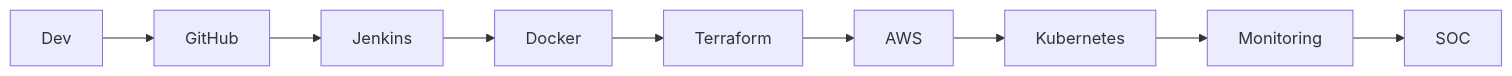
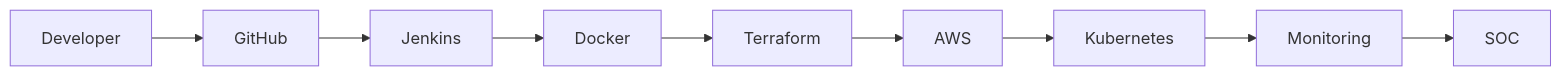
Before and after one commit to Balaji-R-web/Balaji-R-web: the diagram in README.md, drawn with Mermaid. The commit also changed other lines of this file, not shown here.

````diff
--- a/README.md
+++ b/README.md
@@ -59,4 +65,11 @@
 ```mermaid
 flowchart LR
-    Dev --> GitHub --> Jenkins --> Docker --> Terraform --> AWS --> Kubernetes --> Monitoring --> SOC
+    Developer --> GitHub
+    GitHub --> Jenkins
+    Jenkins --> Docker
+    Docker --> Terraform
+    Terraform --> AWS
+    AWS --> Kubernetes
+    Kubernetes --> Monitoring
+    Monitoring --> SOC
 ```
````
